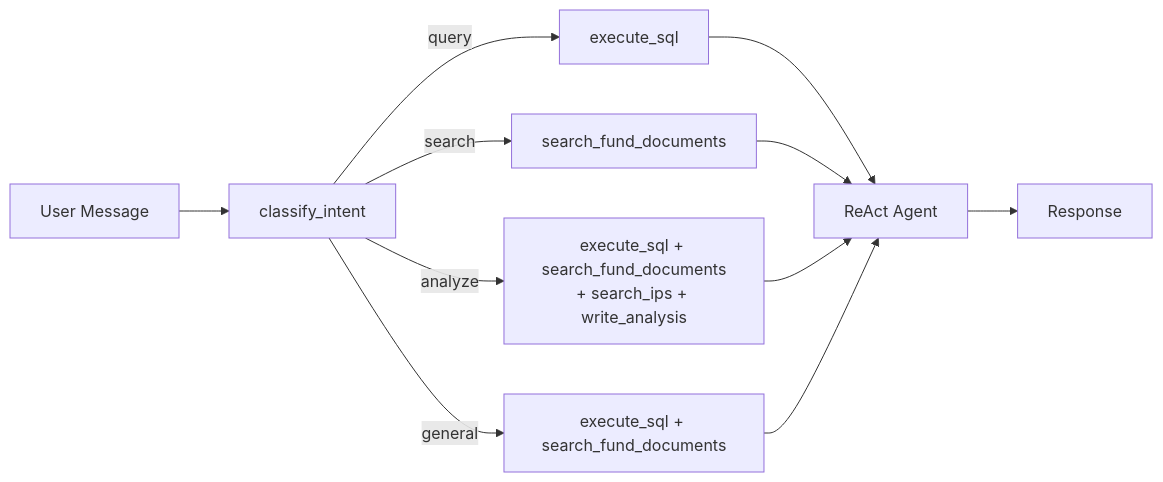
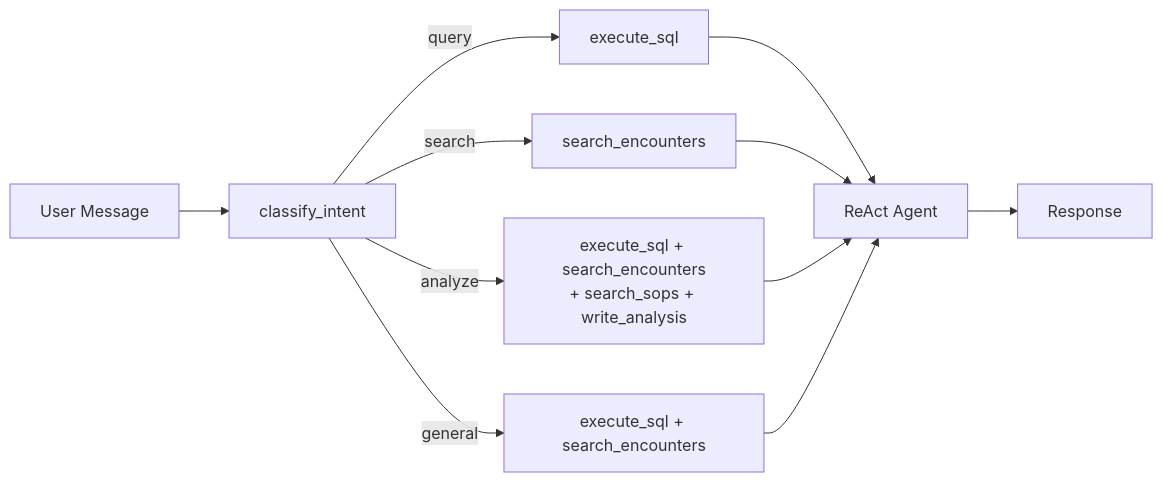
The first of 3 diagrams in docs/SA_EDUCATION.md (databricks-solutions/hospital-control-tower-agentic-nba), drawn with Mermaid before and after one commit. The commit also changed other lines of this file and 64 other files, not shown here.

````diff
--- a/docs/SA_EDUCATION.md
+++ b/docs/SA_EDUCATION.md
@@ -11,13 +11,13 @@
 ```mermaid
 flowchart LR
     A[User Message] --> B[classify_intent]
     B -->|query| C1["execute_sql"]
-    B -->|search| C2["search_fund_documents"]
-    B -->|analyze| C3["execute_sql + search_fund_documents\n+ search_ips + write_analysis"]
-    B -->|general| C4["execute_sql + search_fund_documents"]
+    B -->|search| C2["search_encounters"]
+    B -->|analyze| C3["execute_sql + search_encounters\n+ search_sops + write_analysis"]
+    B -->|general| C4["execute_sql + search_encounters"]
     C1 --> D[ReAct Agent]
     C2 --> D
     C3 --> D
     C4 --> D
     D --> E[Response]
 ```
````
